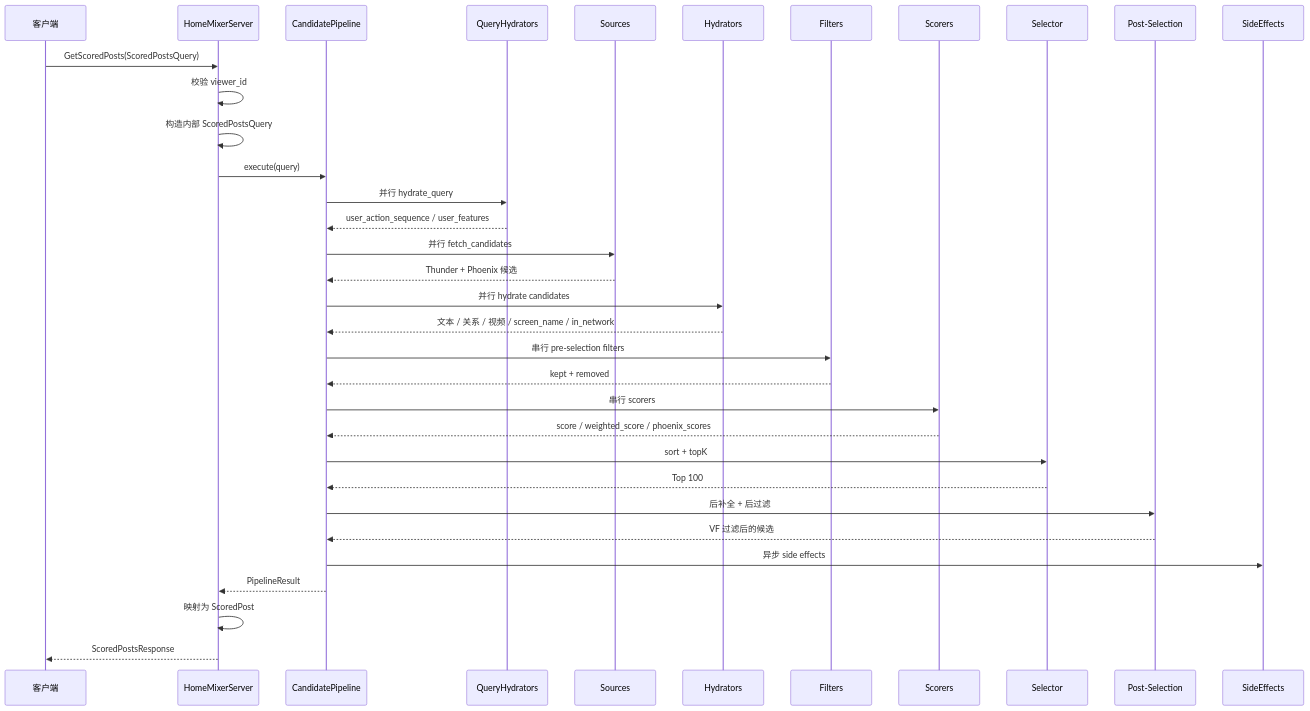
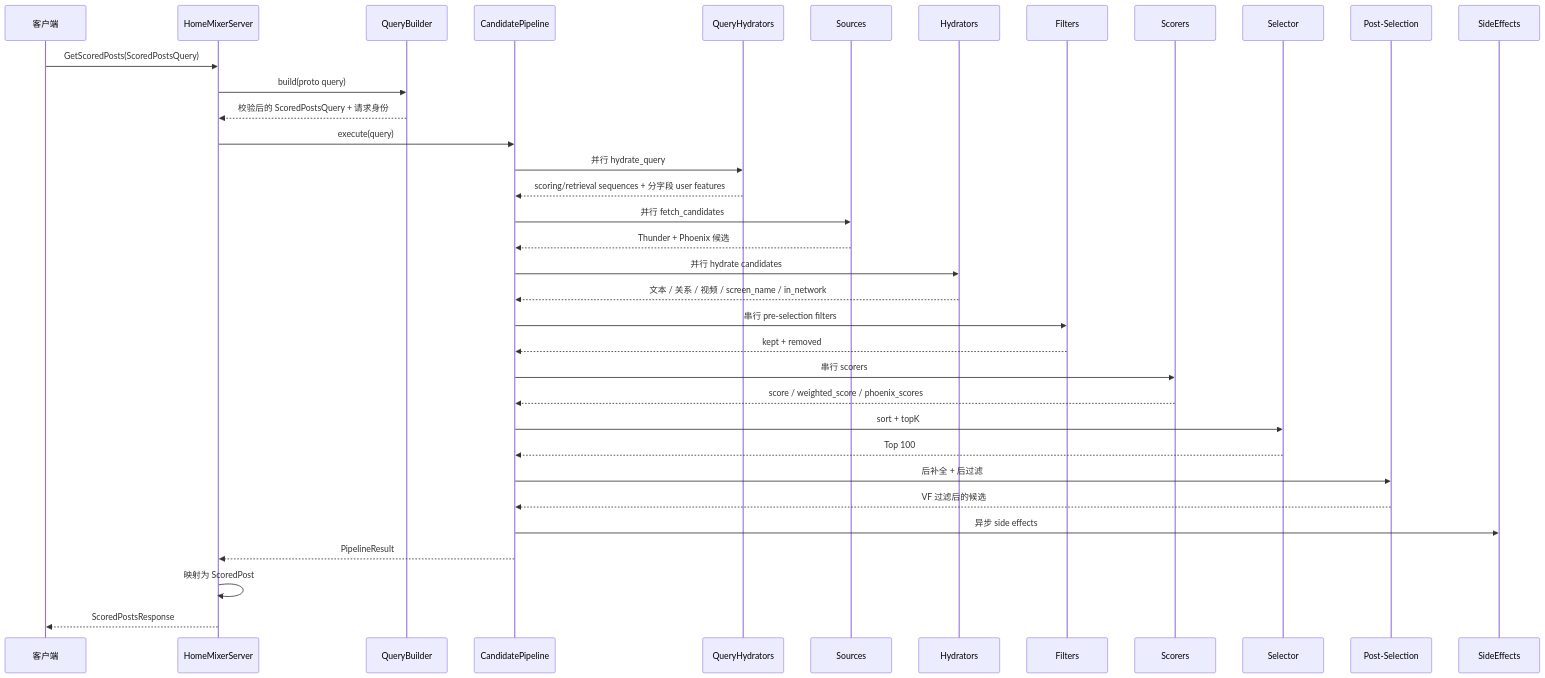
Before and after one commit to freefcw/x-algorithm: the second of 3 diagrams in docs/home-mixer/02-request-lifecycle.md, drawn with Mermaid. The commit also changed other lines of this file and 24 other files, not shown here.

````diff
--- a/docs/home-mixer/02-request-lifecycle.md
+++ b/docs/home-mixer/02-request-lifecycle.md
@@ -48,45 +51,46 @@
 ```mermaid
 sequenceDiagram
     participant Client as 客户端
     participant HM as HomeMixerServer
+    participant QB as QueryBuilder
     participant CP as CandidatePipeline
     participant QH as QueryHydrators
     participant SRC as Sources
     participant HYD as Hydrators
     participant FIL as Filters
     participant SCO as Scorers
     participant SEL as Selector
     participant POST as Post-Selection
     participant SE as SideEffects
 
     Client->>HM: GetScoredPosts(ScoredPostsQuery)
-    HM->>HM: 校验 viewer_id
-    HM->>HM: 构造内部 ScoredPostsQuery
+    HM->>QB: build(proto query)
+    QB-->>HM: 校验后的 ScoredPostsQuery + 请求身份
     HM->>CP: execute(query)
 
     CP->>QH: 并行 hydrate_query
-    QH-->>CP: user_action_sequence / user_features
+    QH-->>CP: scoring/retrieval sequences + 分字段 user features
 
     CP->>SRC: 并行 fetch_candidates
     SRC-->>CP: Thunder + Phoenix 候选
 
     CP->>HYD: 并行 hydrate candidates
     HYD-->>CP: 文本 / 关系 / 视频 / screen_name / in_network
 
     CP->>FIL: 串行 pre-selection filters
     FIL-->>CP: kept + removed
 
     CP->>SCO: 串行 scorers
     SCO-->>CP: score / weighted_score / phoenix_scores
 
     CP->>SEL: sort + topK
     SEL-->>CP: Top 100
 
     CP->>POST: 后补全 + 后过滤
     POST-->>CP: VF 过滤后的候选
 
     CP->>SE: 异步 side effects
     CP-->>HM: PipelineResult
     HM->>HM: 映射为 ScoredPost
     HM-->>Client: ScoredPostsResponse
 ```
````
